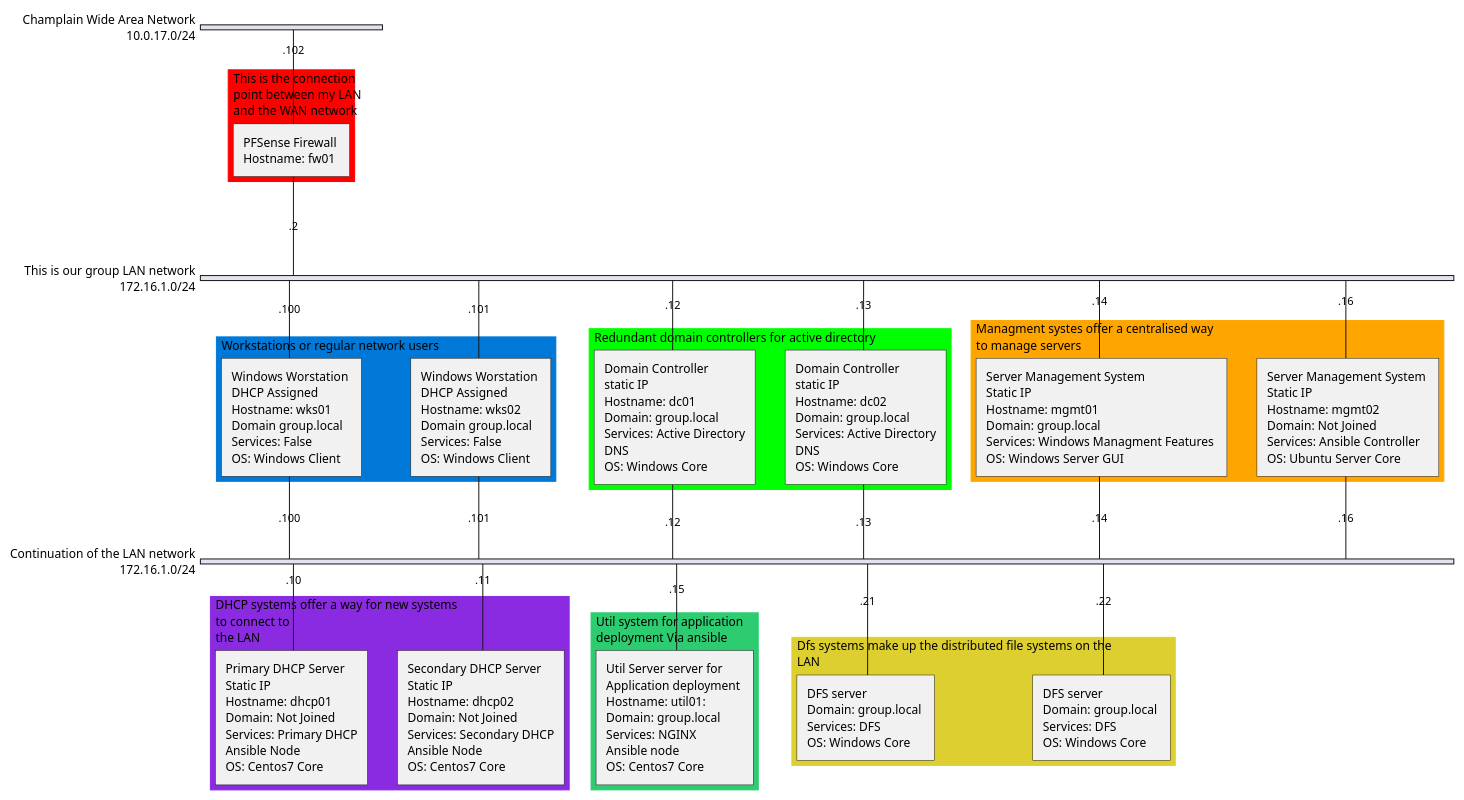
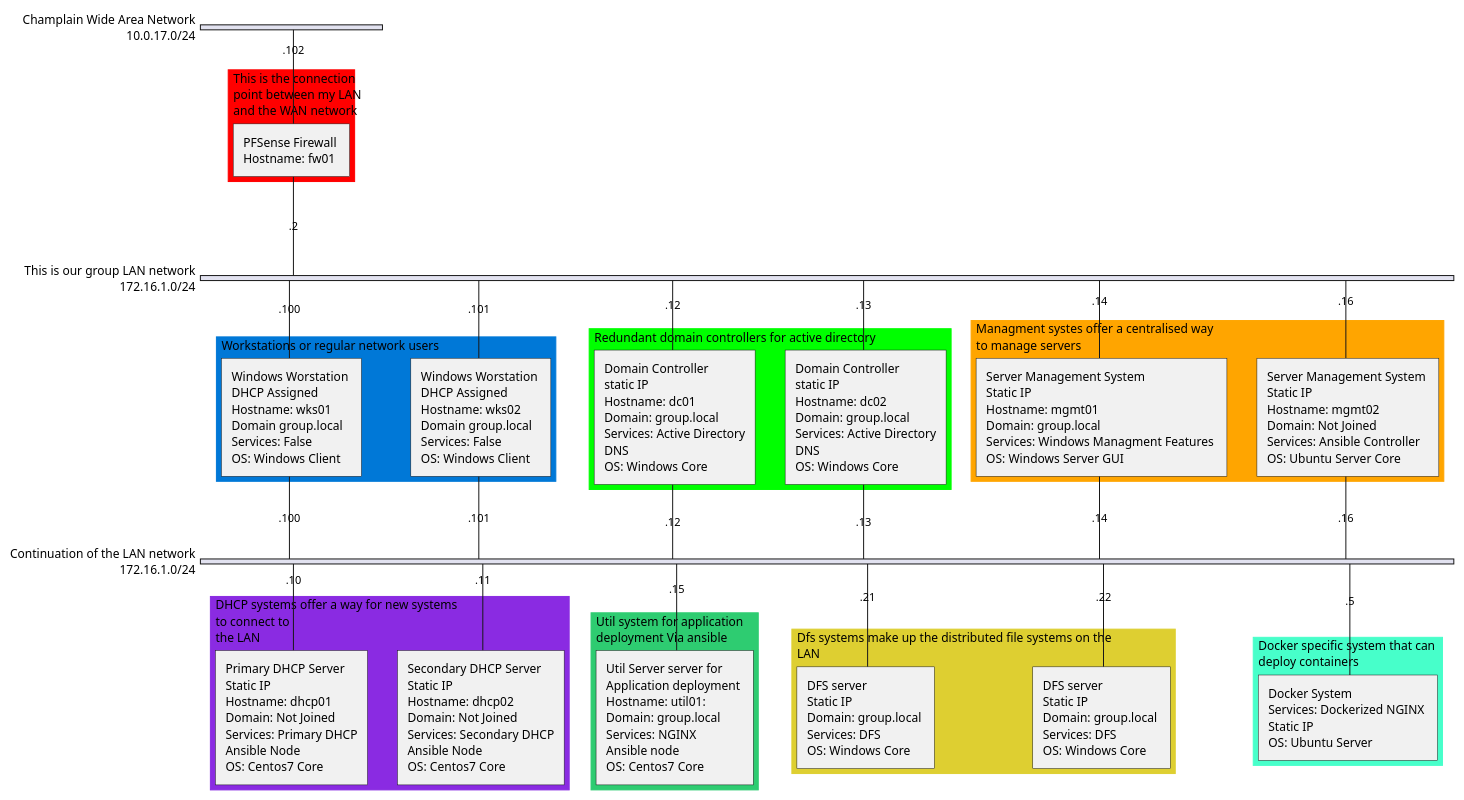
Before and after one commit to AminDaoudi/Final-Project: the diagram in Working_Network_Diagram.plantuml, drawn with PlantUML. The commit also changed 3 other files, not shown here.

```diff
--- a/Working_Network_Diagram.plantuml
+++ b/Working_Network_Diagram.plantuml
@@ -1,89 +1,95 @@
 @startuml Working Network Diagram
 skinparam backgroundColor ##F0F0F0
 
 nwdiag {
     
     network WAN {
         address = 10.0.17.0/24
         description = "Champlain Wide Area Network"
 
         // define group
         group firewall {
             color = "#FF0000";
             fw01 [address = ".102", description = "PFSense Firewall \nHostname: fw01 "]
             description = "This is the connection \npoint between my LAN \nand the WAN network"
 
         }
     }
 
     network LAN1 {
         address = 172.16.1.0/24
         description = "This is our group LAN network"
         fw01 [address = ".2"]
 
         // define group
         group workstations {
             description = "Workstations or regular network users"
             color = "#0078D7";
             wks01 [address = ".100", description = "Windows Worstation \nDHCP Assigned \nHostname: wks01 \nDomain group.local \nServices: False \nOS: Windows Client"]
             wks02 [address = ".101", description = "Windows Worstation \nDHCP Assigned \nHostname: wks02 \nDomain group.local \nServices: False \nOS: Windows Client"]
         }
         // define group
         group domaincontrollers {
             description = "Redundant domain controllers for active directory"
             color = "#00FF00";
             dc01 [address = ".12", description = "Domain Controller \nstatic IP \nHostname: dc01 \nDomain: group.local \nServices: Active Directory, DNS \nOS: Windows Core"]
             dc02 [address = ".13", description = "Domain Controller \nstatic IP \nHostname: dc02 \nDomain: group.local \nServices: Active Directory, DNS \nOS: Windows Core"]
 
         }
         // define group 
         group managmentsystems {
             description = "Managment systes offer a centralised way \nto manage servers"
             color = "#FFA500";
             mgmt01 [address = ".14", description = "Server Management System \nStatic IP \nHostname: mgmt01 \nDomain: group.local \nServices: Windows Managment Features \nOS: Windows Server GUI"]
             mgmt02 [address = ".16", description = "Server Management System \nStatic IP \nHostname: mgmt02 \nDomain: Not Joined \nServices: Ansible Controller \nOS: Ubuntu Server Core"]
         }
         
     }
     network LAN2 {
         address = 172.16.1.0/24
         description = "Continuation of the LAN network"
         wks01 [address = ".100"]
         wks02 [address = ".101"]
         dc01 [address = ".12"]
         dc02 [address = ".13"]
         mgmt01 [address = ".14"]
         mgmt02 [address = ".16"]
 
 
 
         // define group
         group dhcpsystems {
             description = "DHCP systems offer a way for new systems \nto connect to \nthe LAN"
             color = "#8A2BE2";
             dhcp01 [address = ".10", description = "Primary DHCP Server \nStatic IP \nHostname: dhcp01 \nDomain: Not Joined \nServices: Primary DHCP, Ansible Node \nOS: Centos7 Core"]
             dhcp02 [address = ".11", description = "Secondary DHCP Server \nStatic IP \nHostname: dhcp02 \nDomain: Not Joined \nServices: Secondary DHCP, Ansible Node \nOS: Centos7 Core"]
 
         }
 
         // define group 
         group util {
             description = "Util system for application \ndeployment Via ansible"
             color = "#2ECC71";
             util01 [address = ".15", description = "Util Server server for \nApplication deployment \nHostname: util01: \nDomain: group.local \nServices: NGINX, Ansible node \nOS: Centos7 Core"]
         }
         // define group
         group dfs {
             description = "Dfs systems make up the distributed file systems on the \nLAN"
             color = "#decf31";
-            dfs01 [address =".21", description = "DFS server \nDomain: group.local \nServices: DFS \nOS: Windows Core"]
-            dfs02 [address =".22", description = "DFS server \nDomain: group.local \nServices: DFS \nOS: Windows Core"]
+            dfs01 [address =".21", description = "DFS server \nStatic IP \nDomain: group.local \nServices: DFS \nOS: Windows Core"]
+            dfs02 [address =".22", description = "DFS server \nStatic IP \nDomain: group.local \nServices: DFS \nOS: Windows Core"]
 
 
+        }
+        // define group
+        group docker {
+            description = "Docker specific system that can \ndeploy containers"
+            color = "#47FFCA";
+            docker01 [address =".5", description ="Docker System \nServices: Dockerized NGINX \nStatic IP \nOS: Ubuntu Server"]
         }
     }
 
     
 }
 
 @enduml
```
